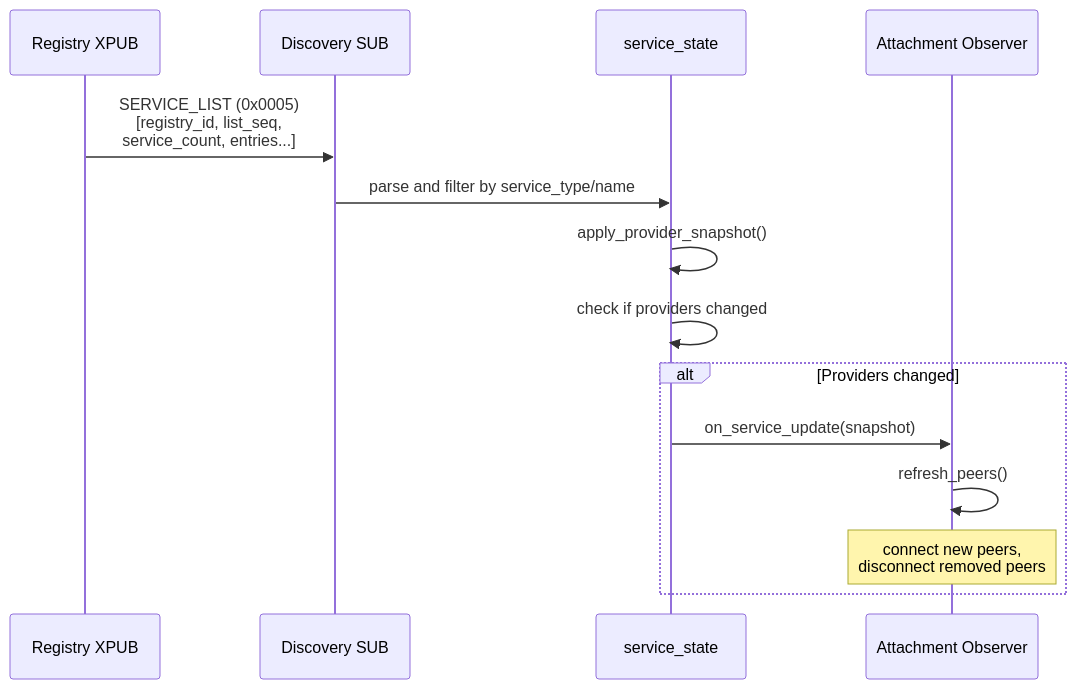
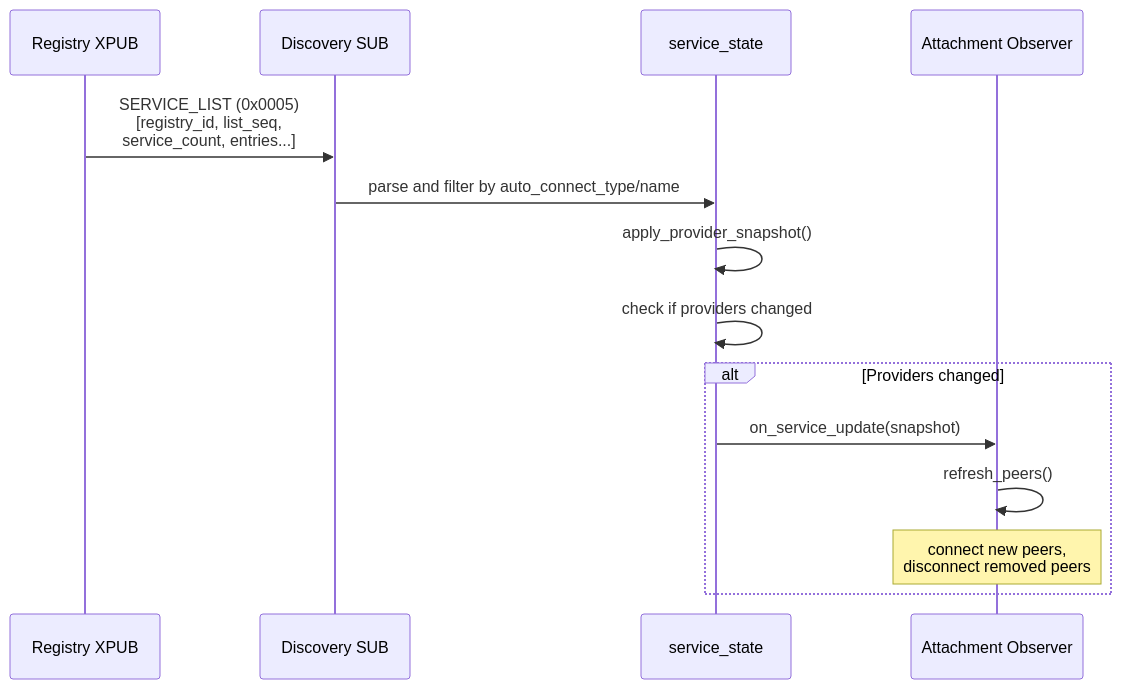
The fifth of 11 diagrams in doc/internals/discovery-internals.md (kairos-code-dev/zlink), drawn with Mermaid before and after one commit. The commit also changed other lines of this file and 228 other files, not shown here.

Commit message:
Implement discovery auto-connect channel types

````diff
--- a/doc/internals/discovery-internals.md
+++ b/doc/internals/discovery-internals.md
@@ -121,18 +121,18 @@
 ```mermaid
 sequenceDiagram
     participant REG as Registry XPUB
     participant SUB as Discovery SUB
     participant State as service_state
     participant Observer as Attachment Observer
 
     REG->>SUB: SERVICE_LIST (0x0005)<br/>[registry_id, list_seq,<br/>service_count, entries...]
-    SUB->>State: parse and filter by service_type/name
+    SUB->>State: parse and filter by auto_connect_type/name
     State->>State: apply_provider_snapshot()
     State->>State: check if providers changed
 
     alt Providers changed
         State->>Observer: on_service_update(snapshot)
         Observer->>Observer: refresh_peers()
         Note over Observer: connect new peers,<br/>disconnect removed peers
     end
 ```
````
